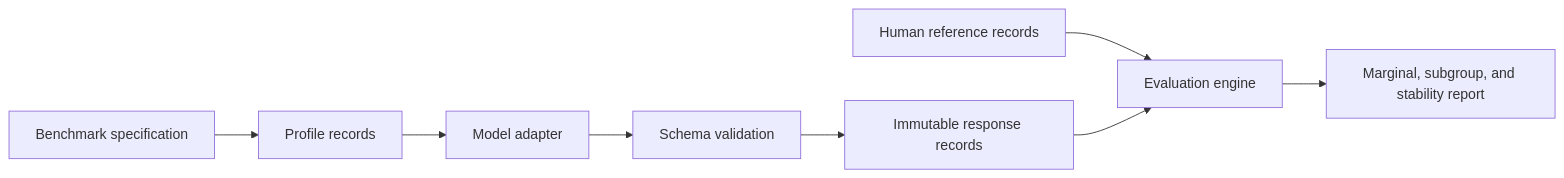
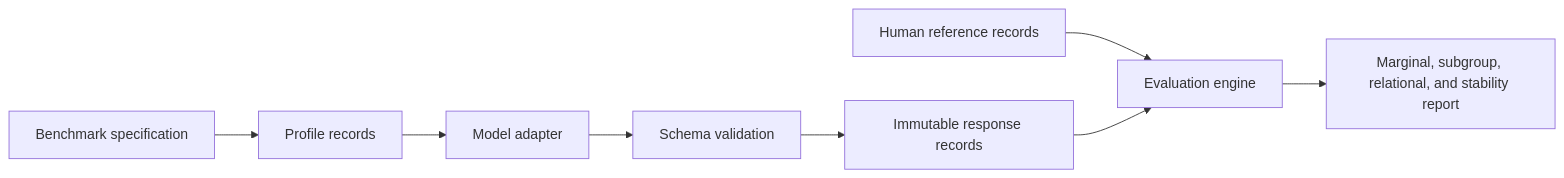
The diagram in docs/architecture.md (4b8wsfdk7y-cloud/cgss-gender-attitude-llm-audit), drawn with Mermaid before and after one commit. The commit also changed other lines of this file and 34 other files, not shown here.

````diff
--- a/docs/architecture.md
+++ b/docs/architecture.md
@@ -6,10 +6,10 @@
 ```mermaid
 flowchart LR
     S[Benchmark specification] --> P[Profile records]
     P --> M[Model adapter]
     M --> V[Schema validation]
     V --> A[Immutable response records]
     H[Human reference records] --> E[Evaluation engine]
     A --> E
-    E --> R[Marginal, subgroup, and stability report]
+    E --> R[Marginal, subgroup, relational, and stability report]
 ```
````
